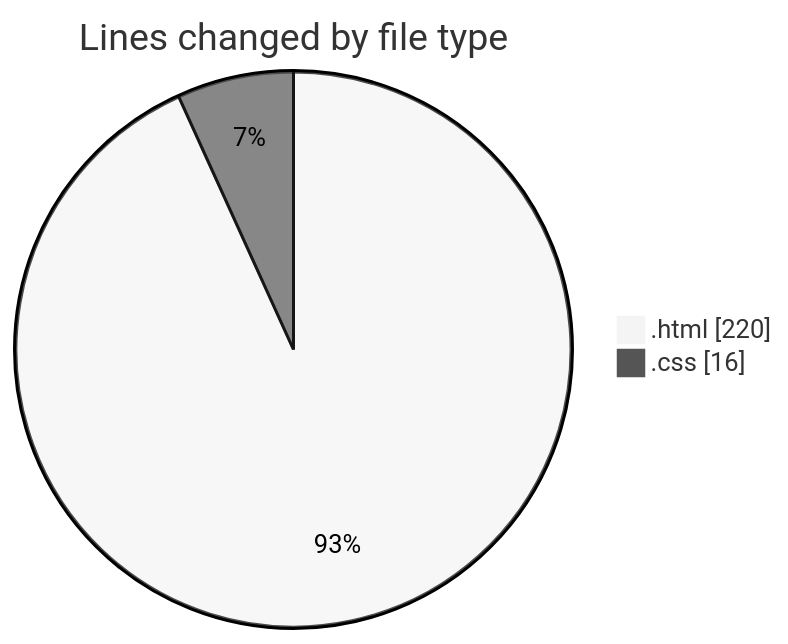
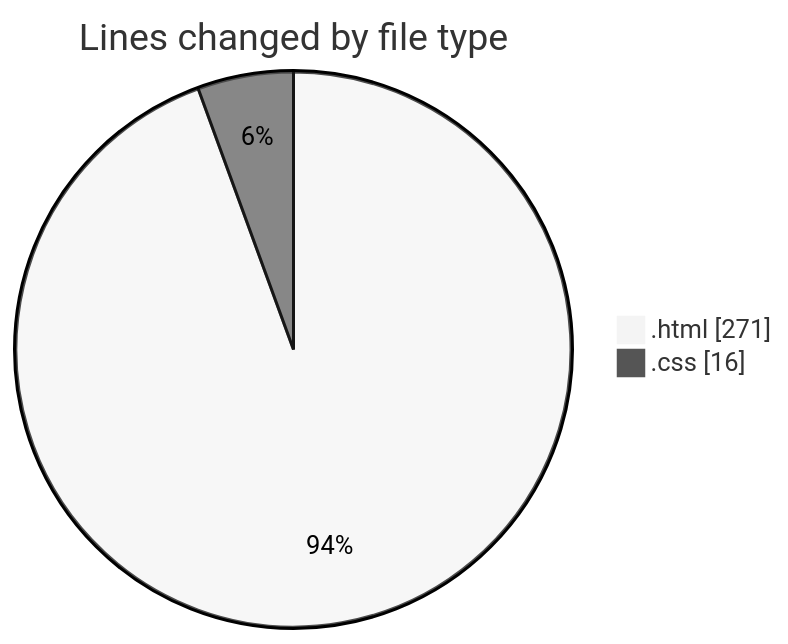
One commit to Unknowalive/code-tracking changed the first of 2 diagrams in 2026-08-27/web_tec_2026/README.md. Above: the diagram before and after it, drawn with Mermaid (neutral theme). The commit also changed other lines of this file and 1 other file, not shown here.

````diff
--- a/2026-08-27/web_tec_2026/README.md
+++ b/2026-08-27/web_tec_2026/README.md
@@ -26,6 +27,6 @@
 ```mermaid
 pie showData
 title Lines changed by file type
-".html" : 220
+".html" : 271
 ".css" : 16
 ```
````
